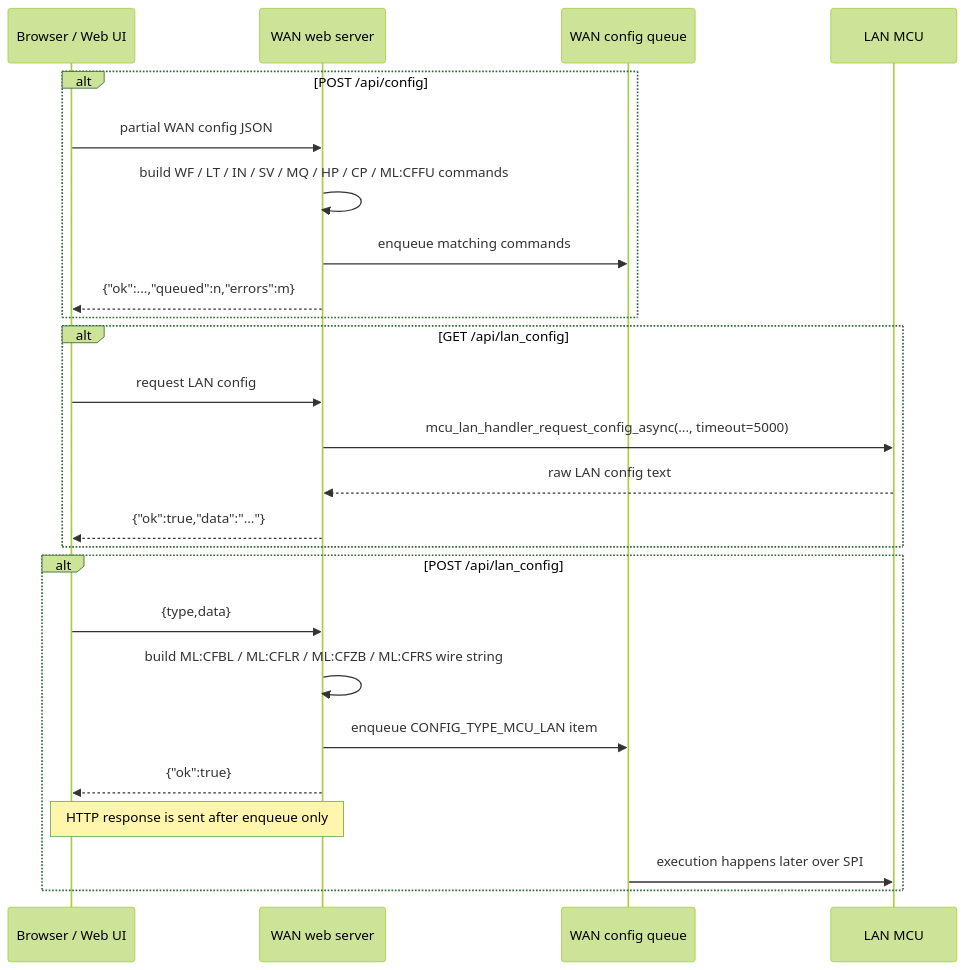
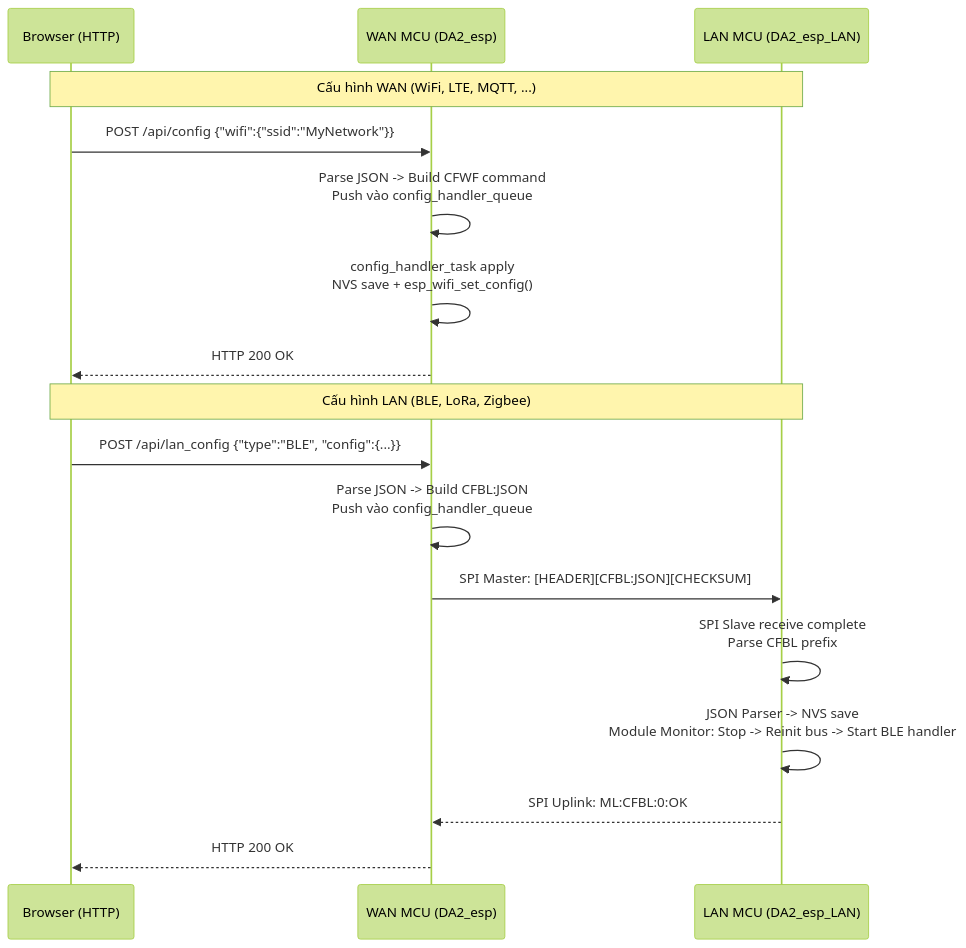
Before and after one commit to NguyenHoangTrieu/DATN_config_app: the fifth of 9 diagrams in docs/GATEWAY_HANDLER_FLOWCHARTS_CURRENT_CODE.md, drawn with Mermaid (forest theme). The commit also changed other lines of this file and 12 other files, not shown here.

````diff
--- a/docs/GATEWAY_HANDLER_FLOWCHARTS_CURRENT_CODE.md
+++ b/docs/GATEWAY_HANDLER_FLOWCHARTS_CURRENT_CODE.md
@@ -174,30 +109,22 @@
 ```mermaid
 sequenceDiagram
-    participant WEB as Browser / Web UI
-    participant API as WAN web server
-    participant CQ as WAN config queue
-    participant LAN as LAN MCU
+    participant Browser as Browser (HTTP)
+    participant WAN_MCU as WAN MCU (DA2_esp)
+    participant LAN_MCU as LAN MCU (DA2_esp_LAN)
 
-    alt POST /api/config
-        WEB->>API: partial WAN config JSON
-        API->>API: build WF / LT / IN / SV / MQ / HP / CP / ML:CFFU commands
-        API->>CQ: enqueue matching commands
-        API-->>WEB: {"ok":...,"queued":n,"errors":m}
-    end
+    Note over Browser, LAN_MCU: Cấu hình WAN (WiFi, LTE, MQTT, ...)
+    Browser->>WAN_MCU: POST /api/config {"wifi":{"ssid":"MyNetwork"}}
+    WAN_MCU->>WAN_MCU: Parse JSON -> Build CFWF command<br/>Push vào config_handler_queue
+    WAN_MCU->>WAN_MCU: config_handler_task apply<br/>NVS save + esp_wifi_set_config()
+    WAN_MCU-->>Browser: HTTP 200 OK
 
-    alt GET /api/lan_config
-        WEB->>API: request LAN config
-        API->>LAN: mcu_lan_handler_request_config_async(..., timeout=5000)
-        LAN-->>API: raw LAN config text
-        API-->>WEB: {"ok":true,"data":"..."}
-    end
+    Note over Browser, LAN_MCU: Cấu hình LAN (BLE, LoRa, Zigbee)
+    Browser->>WAN_MCU: POST /api/lan_config {"type":"BLE", "config":{...}}
+    WAN_MCU->>WAN_MCU: Parse JSON -> Build CFBL:JSON<br/>Push vào config_handler_queue
+    WAN_MCU->>LAN_MCU: SPI Master: [HEADER][CFBL:JSON][CHECKSUM]
+    LAN_MCU->>LAN_MCU: SPI Slave receive complete<br/>Parse CFBL prefix
+    LAN_MCU->>LAN_MCU: JSON Parser -> NVS save<br/>Module Monitor: Stop -> Reinit bus -> Start BLE handler
+    LAN_MCU-->>WAN_MCU: SPI Uplink: ML:CFBL:0:OK
+    WAN_MCU-->>Browser: HTTP 200 OK
 
-    alt POST /api/lan_config
-        WEB->>API: {type,data}
-        API->>API: build ML:CFBL / ML:CFLR / ML:CFZB / ML:CFRS wire string
-        API->>CQ: enqueue CONFIG_TYPE_MCU_LAN item
-        API-->>WEB: {"ok":true}
-        Note over API,WEB: HTTP response is sent after enqueue only
-        CQ->>LAN: execution happens later over SPI
-    end
 ```
````
